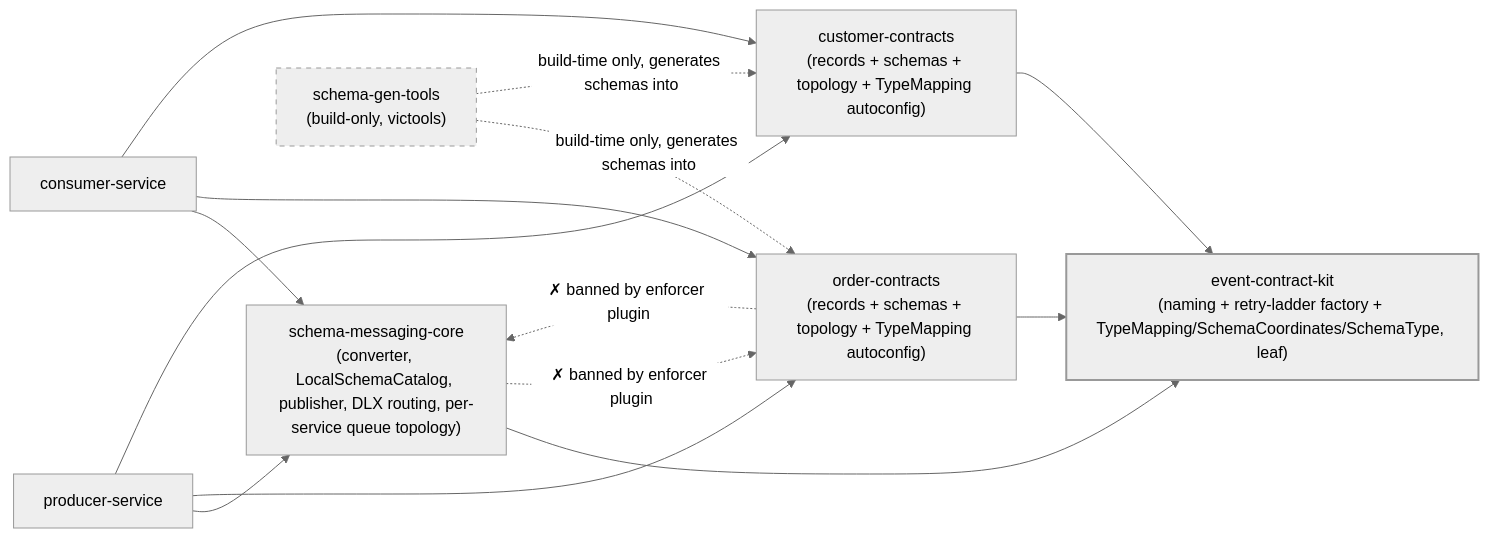
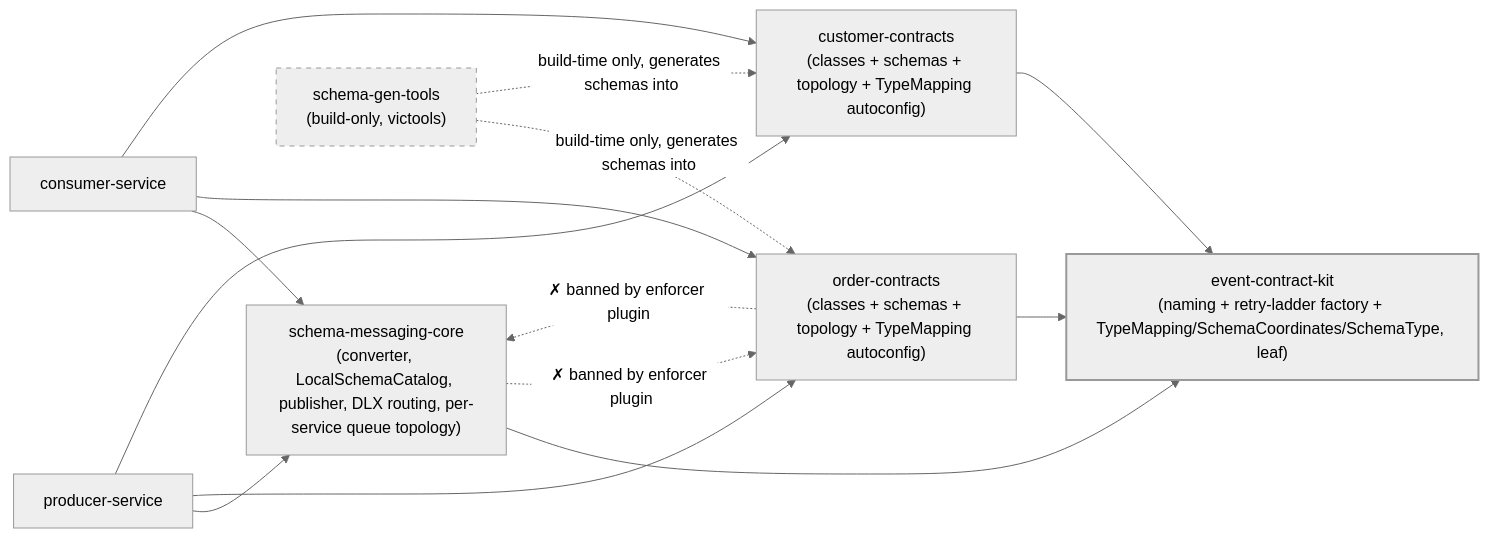
Before and after one commit to anarefin/schema-registry-demo: the first of 4 diagrams in docs/TUTORIAL.md, drawn with Mermaid (neutral theme). The commit also changed other lines of this file and 108 other files, not shown here.

Commit message:
refactor: Transition event contracts from records to immutable classes

````diff
--- a/docs/TUTORIAL.md
+++ b/docs/TUTORIAL.md
@@ -57,28 +57,28 @@
 ```mermaid
 graph LR
     core["schema-messaging-core<br/>(converter, LocalSchemaCatalog, publisher, DLX routing, per-service queue topology)"]
     kit["event-contract-kit<br/>(naming + retry-ladder factory + TypeMapping/SchemaCoordinates/SchemaType, leaf)"]
-    oc["order-contracts<br/>(records + schemas + topology + TypeMapping autoconfig)"]
-    cc["customer-contracts<br/>(records + schemas + topology + TypeMapping autoconfig)"]
+    oc["order-contracts<br/>(classes + schemas + topology + TypeMapping autoconfig)"]
+    cc["customer-contracts<br/>(classes + schemas + topology + TypeMapping autoconfig)"]
     gen["schema-gen-tools<br/>(build-only, victools)"]
     prod["producer-service"]
     cons["consumer-service"]
 
     oc --> kit
     cc --> kit
     core --> kit
     prod --> core
     prod --> oc
     prod --> cc
     cons --> core
     cons --> oc
     cons --> cc
     gen -.->|build-time only, generates schemas into| oc
     gen -.->|build-time only, generates schemas into| cc
 
     core -.->|"✗ banned by enforcer plugin"| oc
     oc -.->|"✗ banned by enforcer plugin"| core
 
     style gen stroke-dasharray: 5 5
     style kit stroke-width:2px
 ```
````
